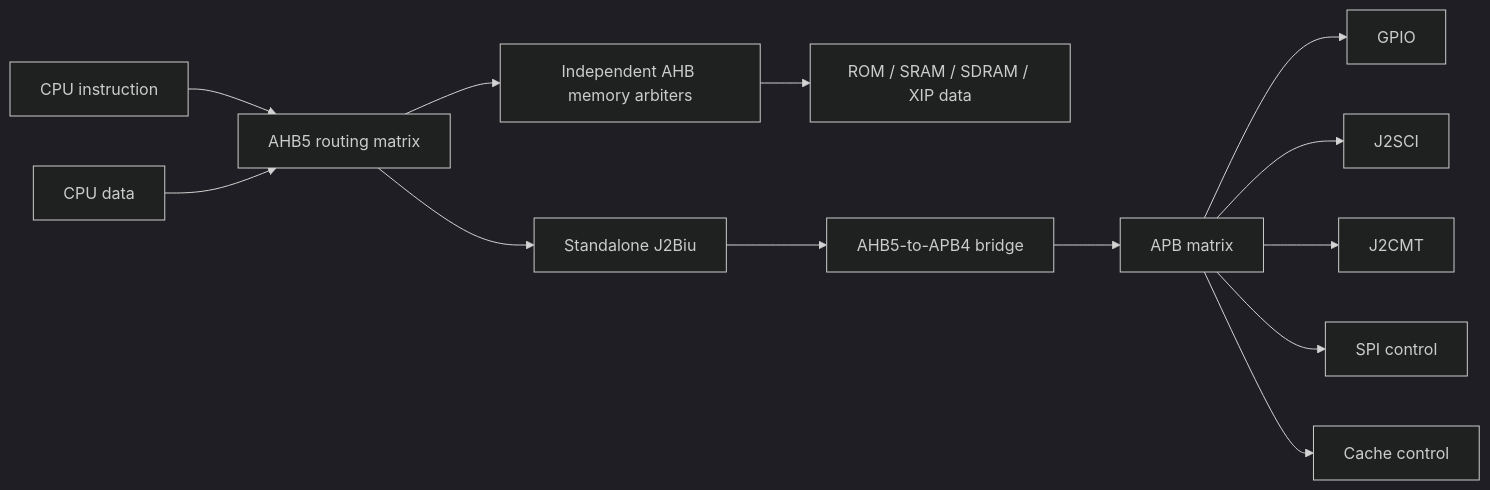
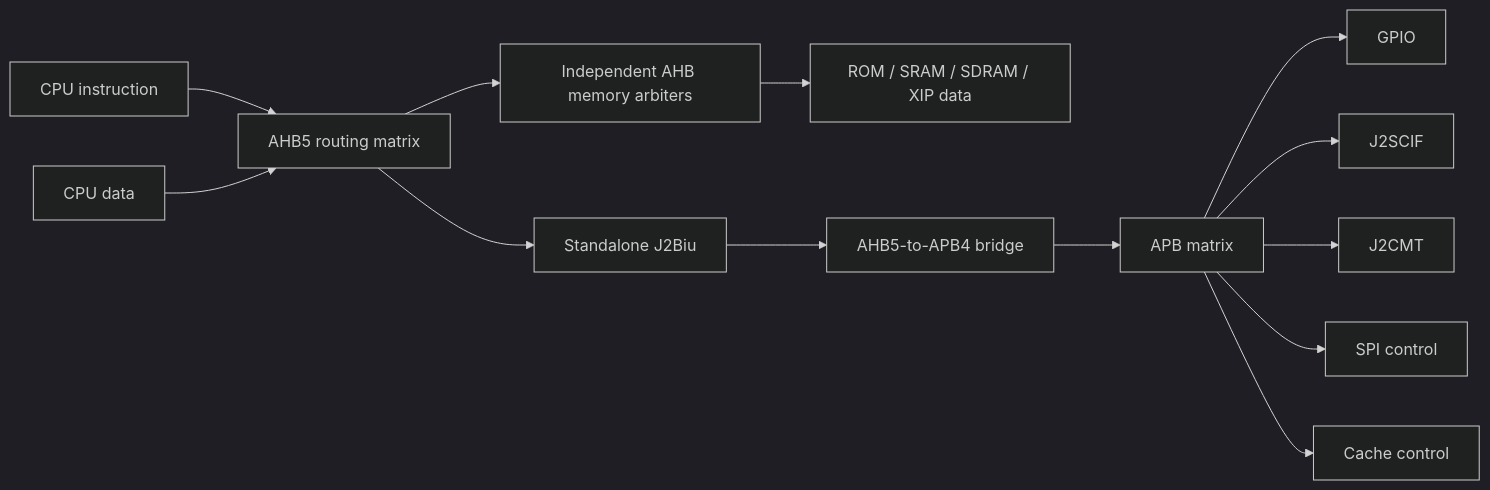
The diagram in docs/apb.md (PreviousVOD/VexJ2), drawn with Mermaid (dark theme) before and after one commit. The commit also changed other lines of this file and 44 other files, not shown here.

Commit message:
Rename J2SCI to J2SCIF and cover all asynchronous frame formats

````diff
--- a/docs/apb.md
+++ b/docs/apb.md
@@ -9,15 +9,15 @@
 ```mermaid
 flowchart LR
   I[CPU instruction] --> ROUTE[AHB5 routing matrix]
   D[CPU data] --> ROUTE
   ROUTE --> MEMARB[Independent AHB memory arbiters]
   MEMARB --> MEM[ROM / SRAM / SDRAM / XIP data]
   ROUTE --> BIU[Standalone J2Biu]
   BIU --> BRIDGE[AHB5-to-APB4 bridge]
   BRIDGE --> MATRIX[APB matrix]
   MATRIX --> GPIO[GPIO]
-  MATRIX --> UART[J2SCI]
+  MATRIX --> UART[J2SCIF]
   MATRIX --> TIMER[J2CMT]
   MATRIX --> SPI[SPI control]
   MATRIX --> CACHE[Cache control]
 ```
````
